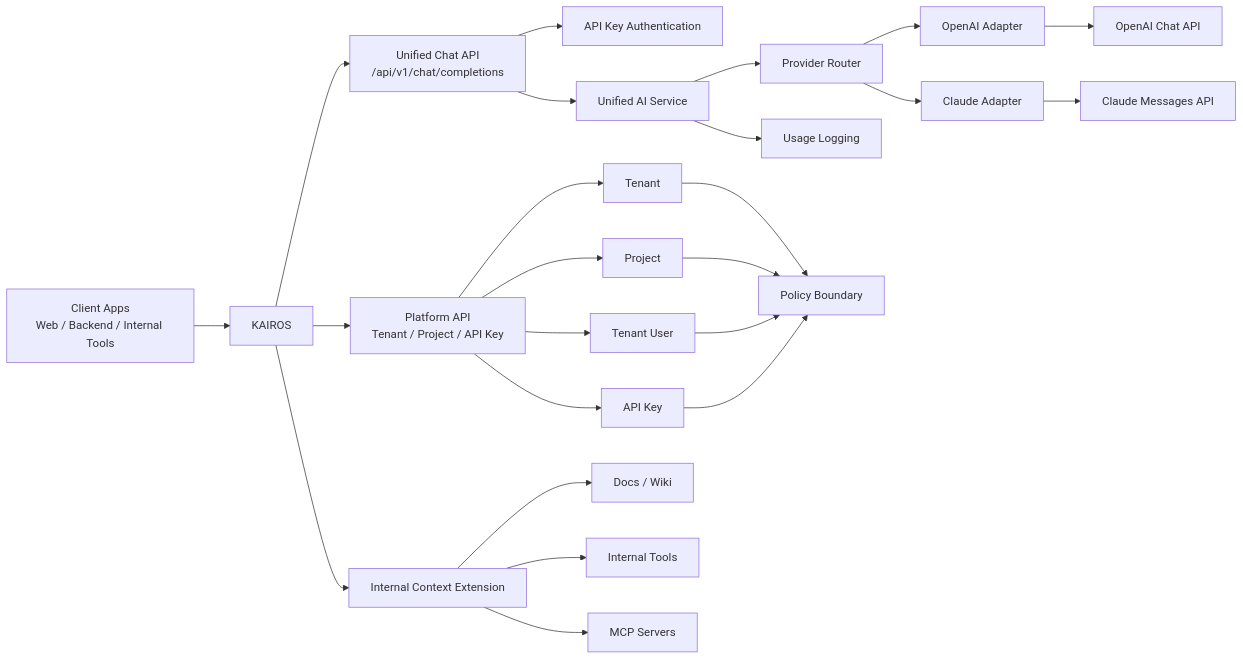
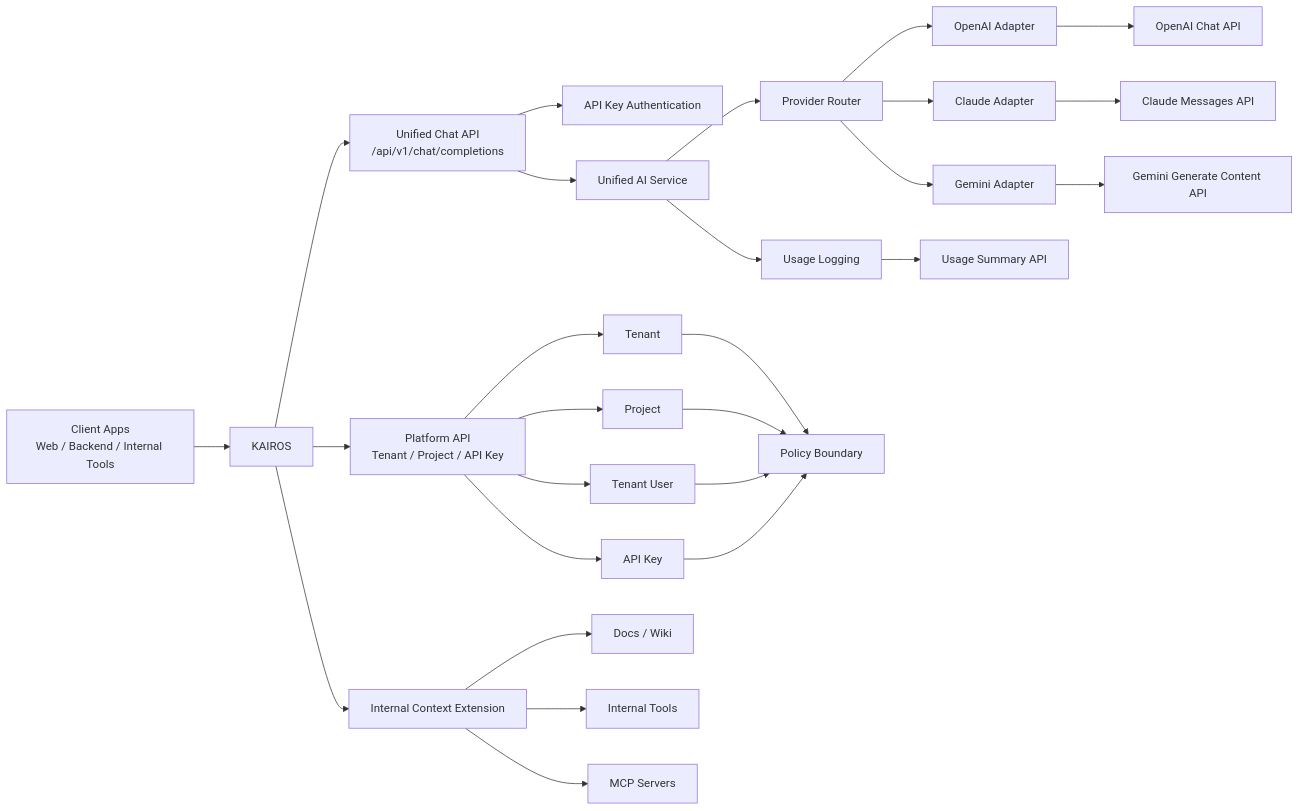
The diagram in kairos/README.md (Drawjustin/KAIROS), drawn with Mermaid before and after one commit. The commit also changed other lines of this file and 2 other files, not shown here.

````diff
--- a/kairos/README.md
+++ b/kairos/README.md
@@ -15,32 +15,35 @@
 ```mermaid
 flowchart LR
     A["Client Apps<br/>Web / Backend / Internal Tools"] --> B["KAIROS"]
 
     B --> C["Unified Chat API<br/>/api/v1/chat/completions"]
     B --> D["Platform API<br/>Tenant / Project / API Key"]
 
     C --> E["API Key Authentication"]
     C --> F["Unified AI Service"]
     F --> G["Provider Router"]
     G --> H["OpenAI Adapter"]
     G --> I["Claude Adapter"]
-    H --> J["OpenAI Chat API"]
-    I --> K["Claude Messages API"]
+    G --> J["Gemini Adapter"]
+    H --> K["OpenAI Chat API"]
+    I --> L["Claude Messages API"]
+    J --> M["Gemini Generate Content API"]
 
-    F --> L["Usage Logging"]
+    F --> N["Usage Logging"]
+    N --> O["Usage Summary API"]
 
-    D --> M["Tenant"]
-    D --> N["Project"]
-    D --> O["Tenant User"]
-    D --> P["API Key"]
+    D --> P["Tenant"]
+    D --> Q["Project"]
+    D --> R["Tenant User"]
+    D --> S["API Key"]
 
-    B --> Q["Internal Context Extension"]
-    Q --> R["Docs / Wiki"]
-    Q --> S["Internal Tools"]
-    Q --> T["MCP Servers"]
+    B --> T["Internal Context Extension"]
+    T --> U["Docs / Wiki"]
+    T --> V["Internal Tools"]
+    T --> W["MCP Servers"]
 
-    M --> U["Policy Boundary"]
-    N --> U
-    O --> U
-    P --> U
+    P --> X["Policy Boundary"]
+    Q --> X
+    R --> X
+    S --> X
 ```
````
